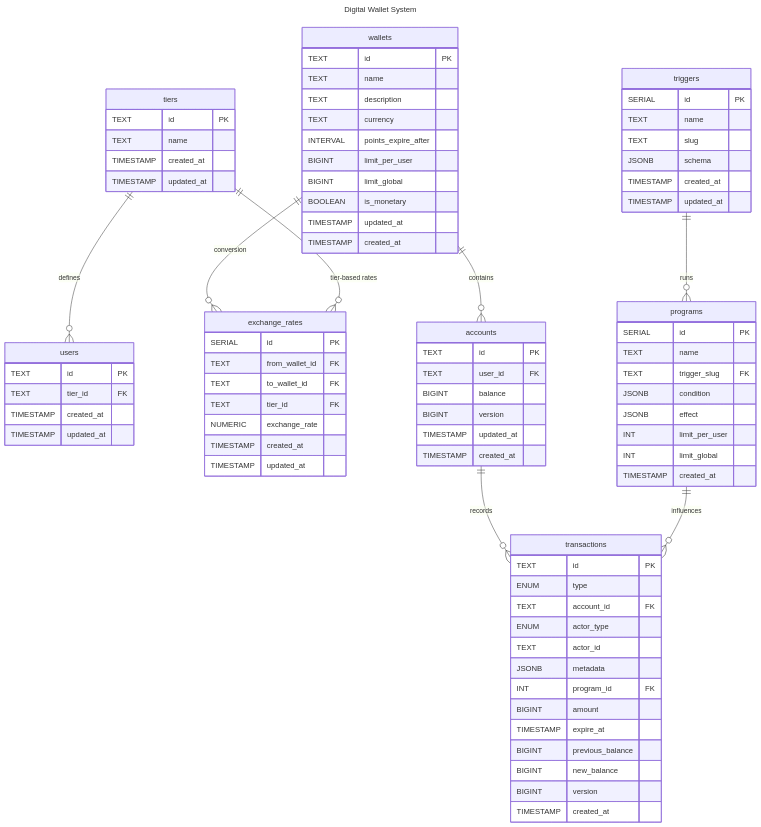
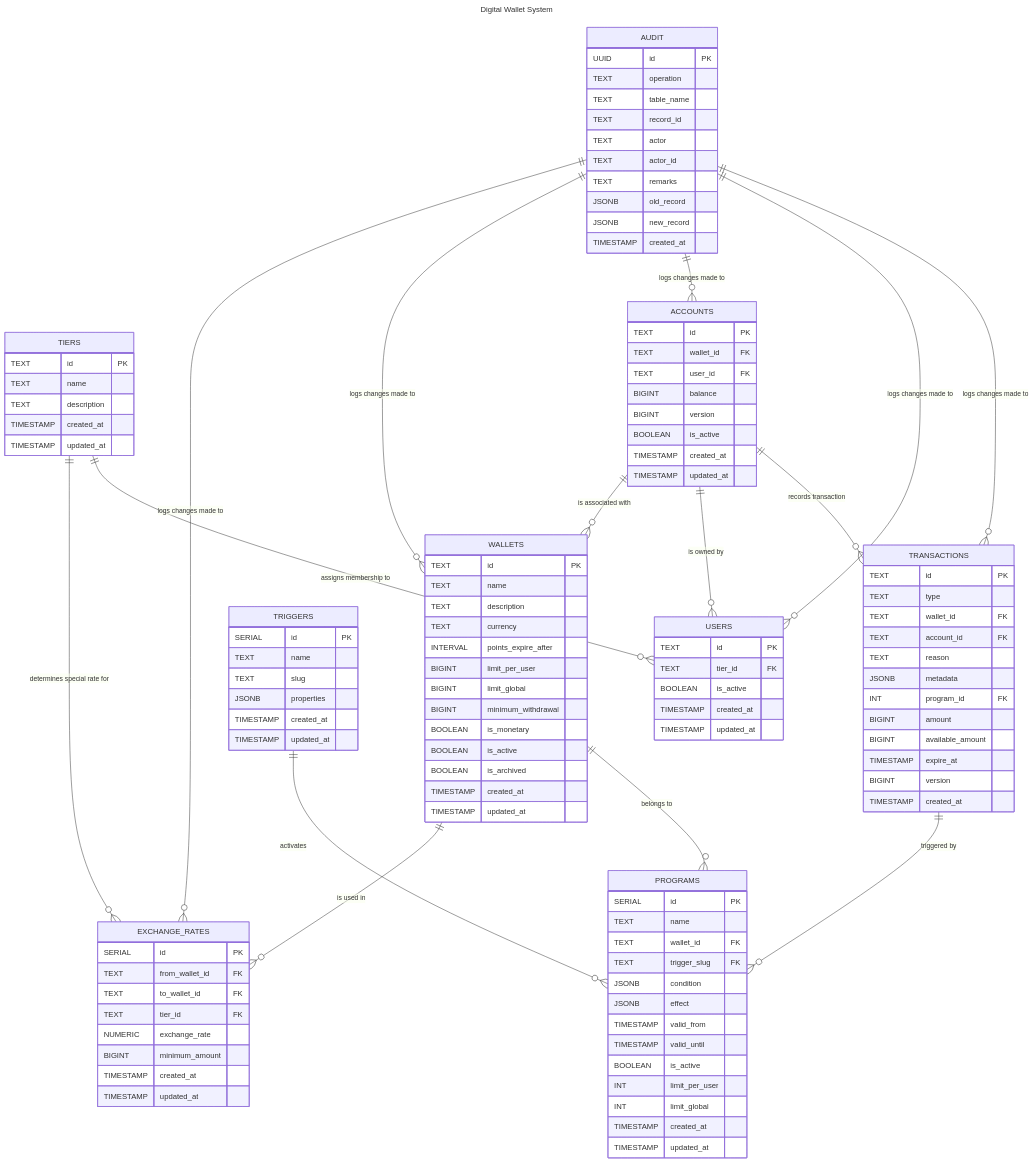
The diagram in docs/ERD.md (abdelrahman146/digital-wallet), drawn with Mermaid before and after one commit.

Commit message:
updated ERD

````diff
--- a/docs/ERD.md
+++ b/docs/ERD.md
@@ -3,7 +3,20 @@
 title: Digital Wallet System
 ---
 erDiagram
-    wallets {
+    AUDIT {
+        UUID id PK
+        TEXT operation
+        TEXT table_name
+        TEXT record_id
+        TEXT actor
+        TEXT actor_id
+        TEXT remarks
+        JSONB old_record
+        JSONB new_record
+        TIMESTAMP created_at
+    }
+
+    WALLETS {
         TEXT id PK
         TEXT name
         TEXT description
@@ -11,87 +24,104 @@
         INTERVAL points_expire_after
         BIGINT limit_per_user
         BIGINT limit_global
+        BIGINT minimum_withdrawal
         BOOLEAN is_monetary
-        TIMESTAMP updated_at
-        TIMESTAMP created_at
-    }
-
-    tiers {
-        TEXT id PK
-        TEXT name
+        BOOLEAN is_active
+        BOOLEAN is_archived
         TIMESTAMP created_at
         TIMESTAMP updated_at
     }
 
-    users {
+    TIERS {
         TEXT id PK
-        TEXT tier_id FK
+        TEXT name
+        TEXT description
         TIMESTAMP created_at
         TIMESTAMP updated_at
     }
 
-    exchange_rates {
+    USERS {
+        TEXT id PK
+        TEXT tier_id FK
+        BOOLEAN is_active
+        TIMESTAMP created_at
+        TIMESTAMP updated_at
+    }
+
+    EXCHANGE_RATES {
         SERIAL id PK
         TEXT from_wallet_id FK
         TEXT to_wallet_id FK
         TEXT tier_id FK
         NUMERIC exchange_rate
+        BIGINT minimum_amount
         TIMESTAMP created_at
         TIMESTAMP updated_at
     }
 
-    triggers {
+    TRIGGERS {
         SERIAL id PK
         TEXT name
         TEXT slug
-        JSONB schema
+        JSONB properties
         TIMESTAMP created_at
         TIMESTAMP updated_at
     }
 
-    accounts {
+    PROGRAMS {
+        SERIAL id PK
+        TEXT name
+        TEXT wallet_id FK
+        TEXT trigger_slug FK
+        JSONB condition
+        JSONB effect
+        TIMESTAMP valid_from
+        TIMESTAMP valid_until
+        BOOLEAN is_active
+        INT limit_per_user
+        INT limit_global
+        TIMESTAMP created_at
+        TIMESTAMP updated_at
+    }
+
+    ACCOUNTS {
         TEXT id PK
+        TEXT wallet_id FK
         TEXT user_id FK
         BIGINT balance
         BIGINT version
+        BOOLEAN is_active
+        TIMESTAMP created_at
         TIMESTAMP updated_at
-        TIMESTAMP created_at
     }
 
-    programs {
-        SERIAL id PK
-        TEXT name
-        TEXT trigger_slug FK
-        JSONB condition
-        JSONB effect
-        INT limit_per_user
-        INT limit_global
-        TIMESTAMP created_at
-    }
-
-    transactions {
+    TRANSACTIONS {
         TEXT id PK
-        ENUM type
+        TEXT type
+        TEXT wallet_id FK
         TEXT account_id FK
-        ENUM actor_type
-        TEXT actor_id
+        TEXT reason
         JSONB metadata
         INT program_id FK
         BIGINT amount
+        BIGINT available_amount
         TIMESTAMP expire_at
-        BIGINT previous_balance
-        BIGINT new_balance
         BIGINT version
         TIMESTAMP created_at
     }
 
-%% Relationships organized by domains
-    tiers ||--o{ users: "defines"
-    wallets ||--o{ accounts: "contains"
-    accounts ||--o{ transactions: "records"
-    triggers ||--o{ programs: "runs"
-    programs ||--o{ transactions: "influences"
-    wallets ||--o{ exchange_rates: "conversion"
-    tiers ||--o{ exchange_rates: "tier-based rates"
-
+    ACCOUNTS ||--o{ TRANSACTIONS : "records transaction"
+    ACCOUNTS ||--o{ USERS : "is owned by"
+    ACCOUNTS ||--o{ WALLETS : "is associated with"
+    WALLETS ||--o{ PROGRAMS : "belongs to"
+    WALLETS ||--o{ EXCHANGE_RATES : "is used in"
+    TIERS ||--o{ USERS : "assigns membership to"
+    TIERS ||--o{ EXCHANGE_RATES : "determines special rate for"
+    TRIGGERS ||--o{ PROGRAMS : "activates"
+    TRANSACTIONS ||--o{ PROGRAMS : "triggered by"
+    AUDIT ||--o{ TRANSACTIONS : "logs changes made to"
+    AUDIT ||--o{ USERS : "logs changes made to"
+    AUDIT ||--o{ ACCOUNTS : "logs changes made to"
+    AUDIT ||--o{ WALLETS : "logs changes made to"
+    AUDIT ||--o{ EXCHANGE_RATES : "logs changes made to"
 ```
````
